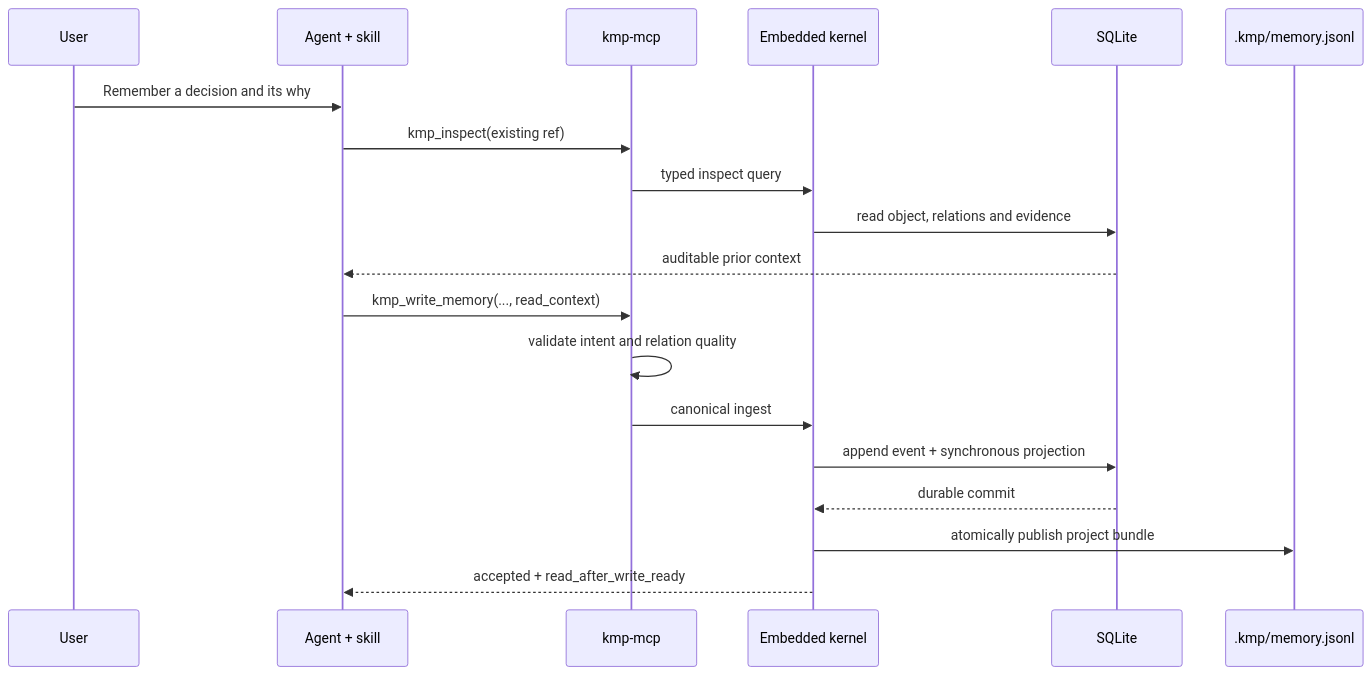
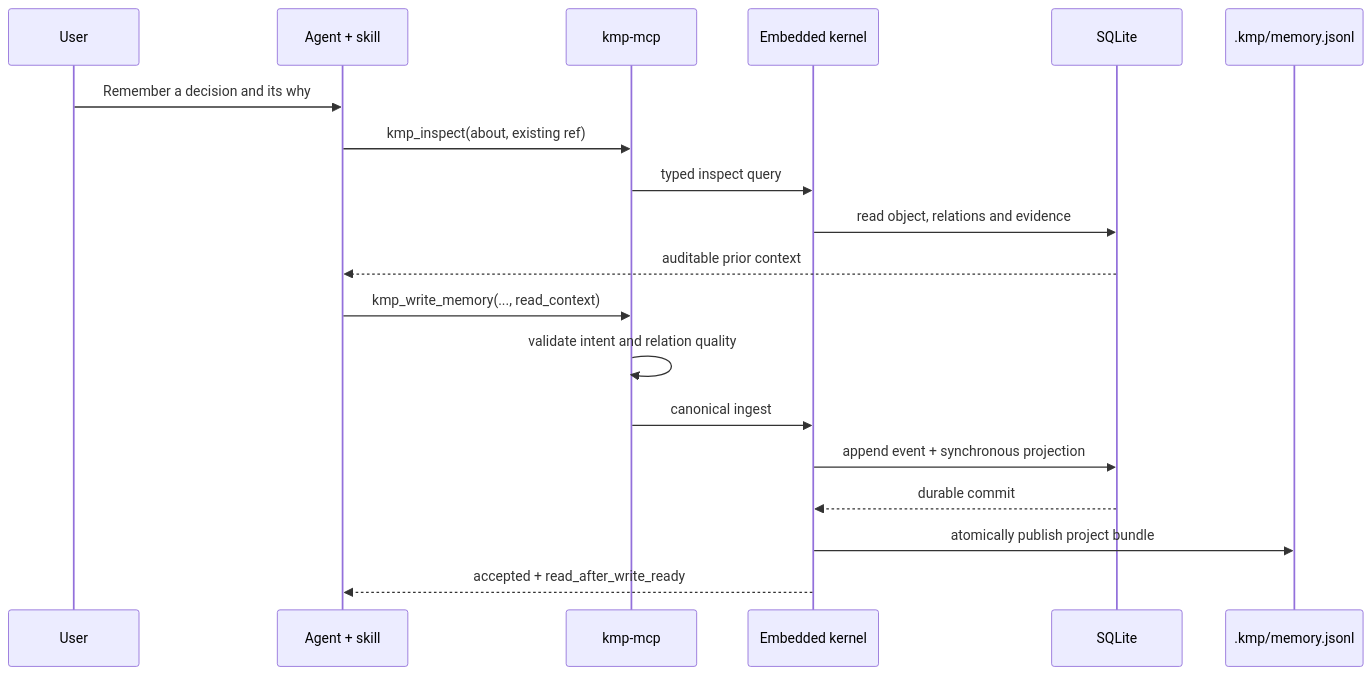
One commit to underpass-ai/kmp changed the second of 4 diagrams in docs/architecture/README.md. Above: the diagram before and after it, drawn with Mermaid. The commit also changed 24 other files, not shown here.

Commit message:
fix(reads): enforce about boundaries for inspect and trace

````diff
--- a/docs/architecture/README.md
+++ b/docs/architecture/README.md
@@ -53,22 +53,22 @@
 ```mermaid
 sequenceDiagram
     participant U as User
     participant A as Agent + skill
     participant M as kmp-mcp
     participant K as Embedded kernel
     participant S as SQLite
     participant B as .kmp/memory.jsonl
 
     U->>A: Remember a decision and its why
-    A->>M: kmp_inspect(existing ref)
+    A->>M: kmp_inspect(about, existing ref)
     M->>K: typed inspect query
     K->>S: read object, relations and evidence
     S-->>A: auditable prior context
     A->>M: kmp_write_memory(..., read_context)
     M->>M: validate intent and relation quality
     M->>K: canonical ingest
     K->>S: append event + synchronous projection
     S-->>K: durable commit
     K->>B: atomically publish project bundle
     K-->>A: accepted + read_after_write_ready
 ```
````
